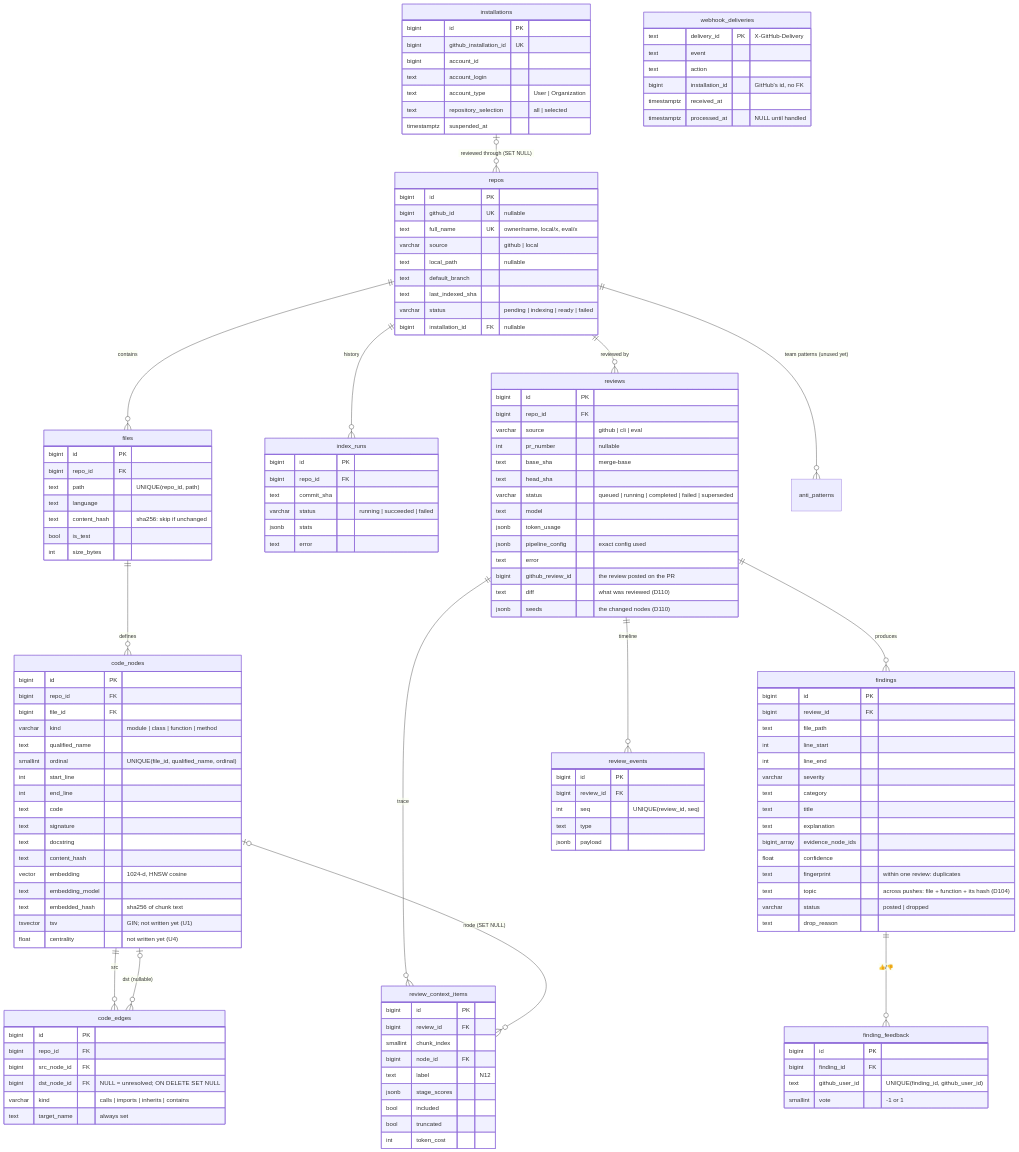
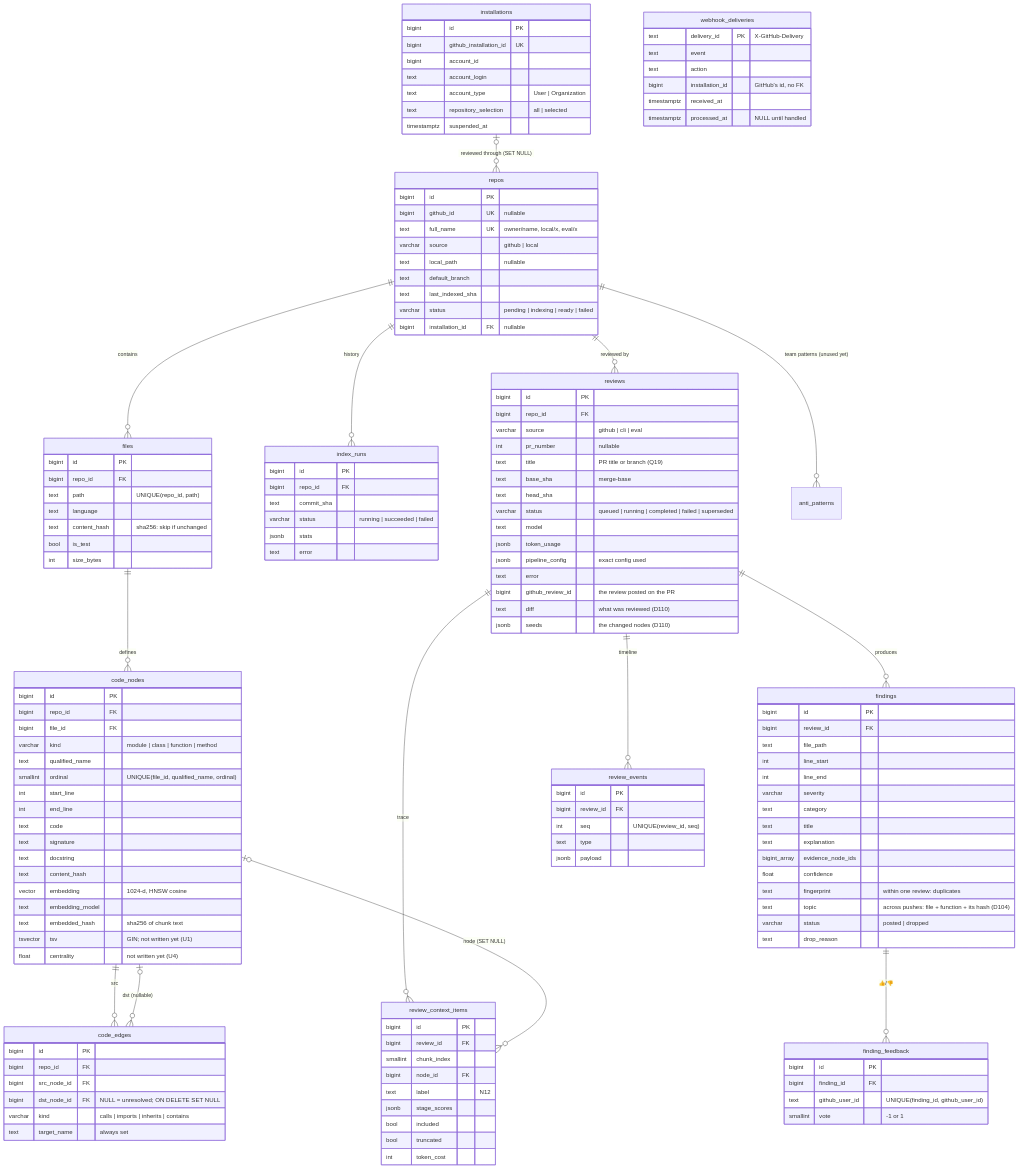
One commit to RAIF-KARANI/codelens changed the third of 12 diagrams in architecture.md. Above: the diagram before and after it, drawn with Mermaid. The commit also changed other lines of this file and 25 other files, not shown here.

```diff
--- a/architecture.md
+++ b/architecture.md
@@ -289,6 +290,7 @@
         bigint repo_id FK
         varchar source "github | cli | eval"
         int pr_number "nullable"
+        text title "PR title or branch (Q19)"
         text base_sha "merge-base"
         text head_sha
         varchar status "queued | running | completed | failed | superseded"
```
